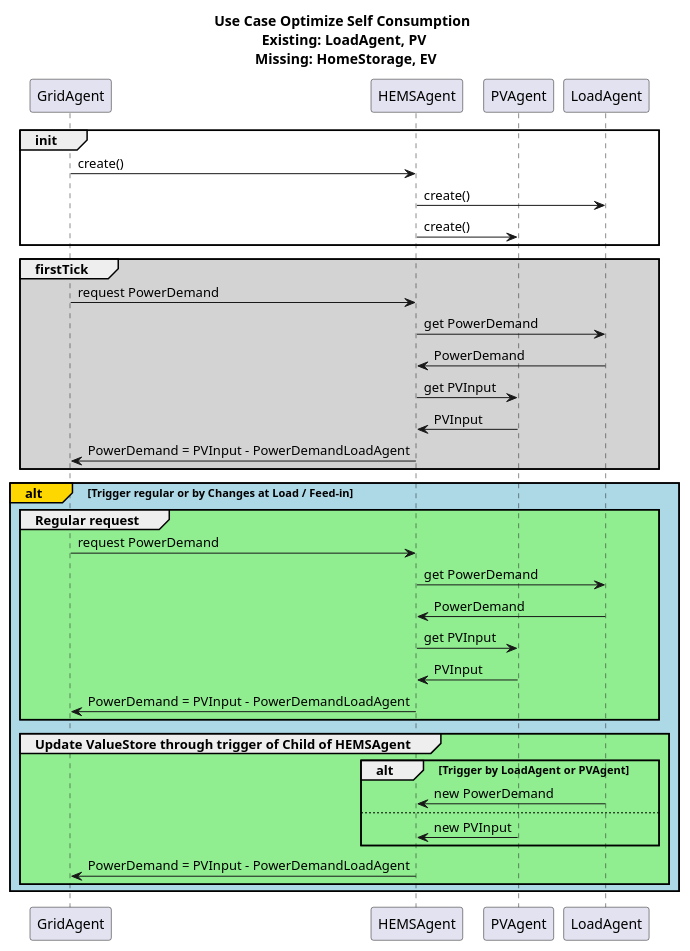
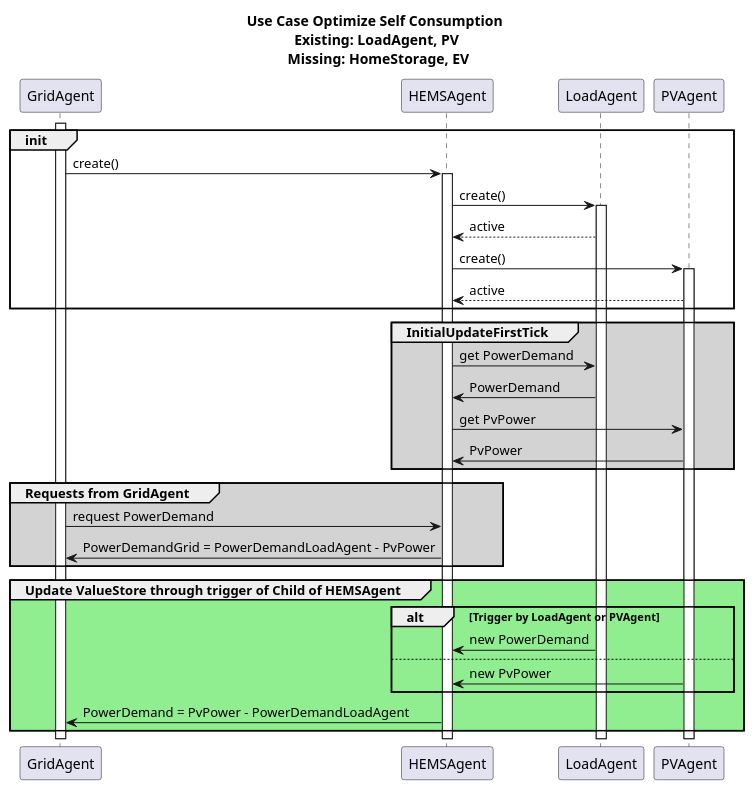
Before and after one commit to ie3-institute/simona: the diagram in docs/uml/protocol/HEMS_Control/HemsControlSelfOptLoadPV.puml, drawn with PlantUML.

Commit message:
Initial Update First Tick

```diff
--- a/docs/uml/protocol/HEMS_Control/HemsControlSelfOptLoadPV.puml
+++ b/docs/uml/protocol/HEMS_Control/HemsControlSelfOptLoadPV.puml
@@ -1,41 +1,44 @@
 @startuml
 title Use Case Optimize Self Consumption \n Existing: LoadAgent, PV \n Missing: HomeStorage, EV
 participant GridAgent
 participant HEMSAgent
+participant LoadAgent
 participant PVAgent
-participant LoadAgent
 
 group init
-    GridAgent -> HEMSAgent: create()
-    HEMSAgent -> LoadAgent: create()
-    HEMSAgent -> PVAgent: create()
+        activate GridAgent
+        GridAgent -> HEMSAgent: create()
+            activate HEMSAgent
+
+        HEMSAgent -> LoadAgent: create()
+            activate LoadAgent
+            LoadAgent --> HEMSAgent: active
+
+        HEMSAgent -> PVAgent: create()
+            activate PVAgent
+            PVAgent --> HEMSAgent: active
     end
 
-group #LightGrey firstTick
-    GridAgent -> HEMSAgent: request PowerDemand
+group #LightGrey InitialUpdateFirstTick
     HEMSAgent -> LoadAgent: get PowerDemand
     LoadAgent -> HEMSAgent: PowerDemand
-    HEMSAgent -> PVAgent: get PVInput
-    PVAgent -> HEMSAgent: PVInput
-    HEMSAgent -> GridAgent: PowerDemand = PVInput - PowerDemandLoadAgent
+    HEMSAgent -> PVAgent: get PvPower
+    PVAgent -> HEMSAgent: PvPower
     end
-alt#Gold #LightBlue Trigger regular or by Changes at Load / Feed-in
-group #LightGreen Regular request
+
+group #LightGrey Requests from GridAgent
     GridAgent -> HEMSAgent: request PowerDemand
-    HEMSAgent -> LoadAgent: get PowerDemand
-    LoadAgent -> HEMSAgent: PowerDemand
-    HEMSAgent -> PVAgent: get PVInput
-    PVAgent -> HEMSAgent: PVInput
-    HEMSAgent -> GridAgent: PowerDemand = PVInput - PowerDemandLoadAgent
+    HEMSAgent -> GridAgent: PowerDemandGrid = PowerDemandLoadAgent - PvPower
     end
+
 group #LightGreen Update ValueStore through trigger of Child of HEMSAgent
     alt Trigger by LoadAgent or PVAgent
     LoadAgent -> HEMSAgent: new PowerDemand
     else
-    PVAgent -> HEMSAgent: new PVInput
+    PVAgent -> HEMSAgent: new PvPower
     end
 
-    HEMSAgent -> GridAgent: PowerDemand = PVInput - PowerDemandLoadAgent
+    HEMSAgent -> GridAgent: PowerDemand = PvPower - PowerDemandLoadAgent
     end
-end
+
 @enduml
```
